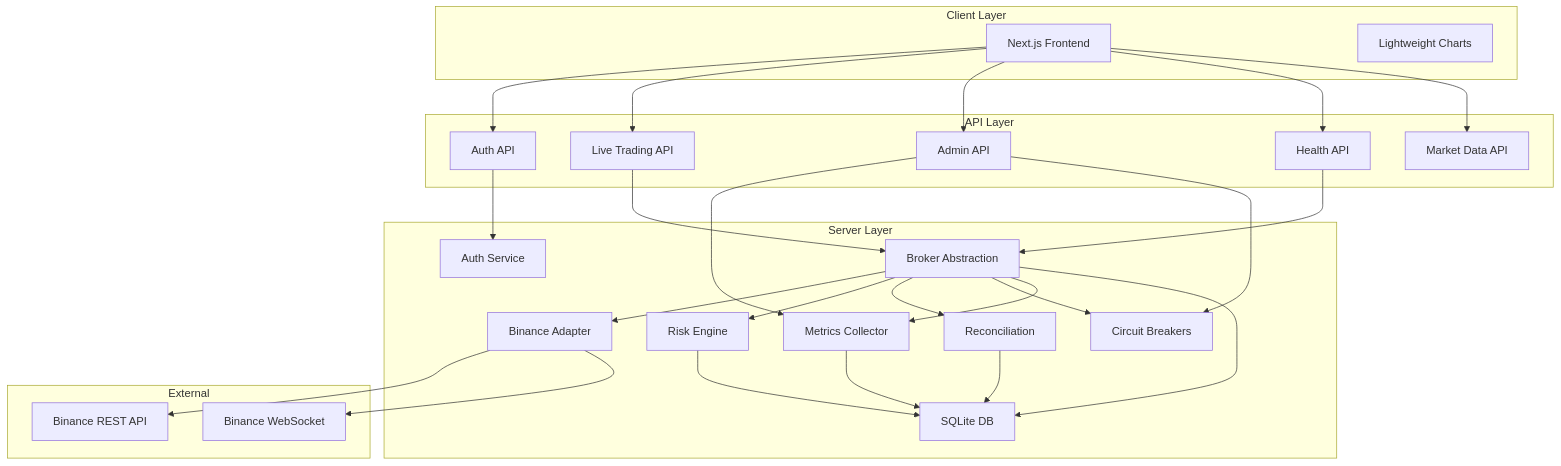
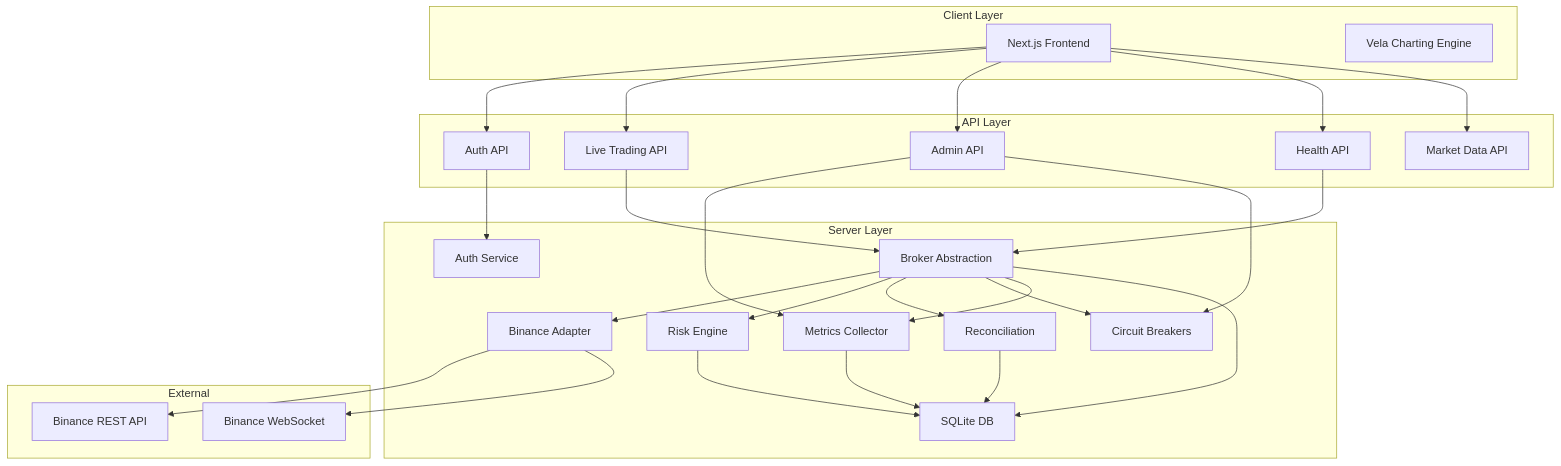
One commit to marsattackswins/maws changed the first of 3 diagrams in docs/README.md. Above: the diagram before and after it, drawn with Mermaid. The commit also changed other lines of this file and 1 other file, not shown here.

First line of the commit message:
Update README to reflect Vela charting engine integration

````diff
--- a/docs/README.md
+++ b/docs/README.md
@@ -24,57 +24,57 @@
 ```mermaid
 graph TB
     subgraph "Client Layer"
         UI[Next.js Frontend]
-        Charts[Lightweight Charts]
+        Charts[Vela Charting Engine]
     end
 
     subgraph "API Layer"
         Auth[Auth API]
         Live[Live Trading API]
         Admin[Admin API]
         Health[Health API]
         Market[Market Data API]
     end
 
     subgraph "Server Layer"
         Broker[Broker Abstraction]
         Binance[Binance Adapter]
         AuthSvc[Auth Service]
         Risk[Risk Engine]
         Recon[Reconciliation]
         Circuit[Circuit Breakers]
         Metrics[Metrics Collector]
         DB[SQLite DB]
     end
 
     subgraph "External"
         BinanceAPI[Binance REST API]
         BinanceWS[Binance WebSocket]
     end
 
     UI --> Auth
     UI --> Live
     UI --> Admin
     UI --> Health
     UI --> Market
 
     Auth --> AuthSvc
     Live --> Broker
     Admin --> Metrics
     Admin --> Circuit
     Health --> Broker
 
     Broker --> Binance
     Binance --> BinanceAPI
     Binance --> BinanceWS
 
     Broker --> Risk
     Broker --> Recon
     Broker --> Circuit
     Broker --> Metrics
     Broker --> DB
 
     Risk --> DB
     Recon --> DB
     Metrics --> DB
 ```
````
